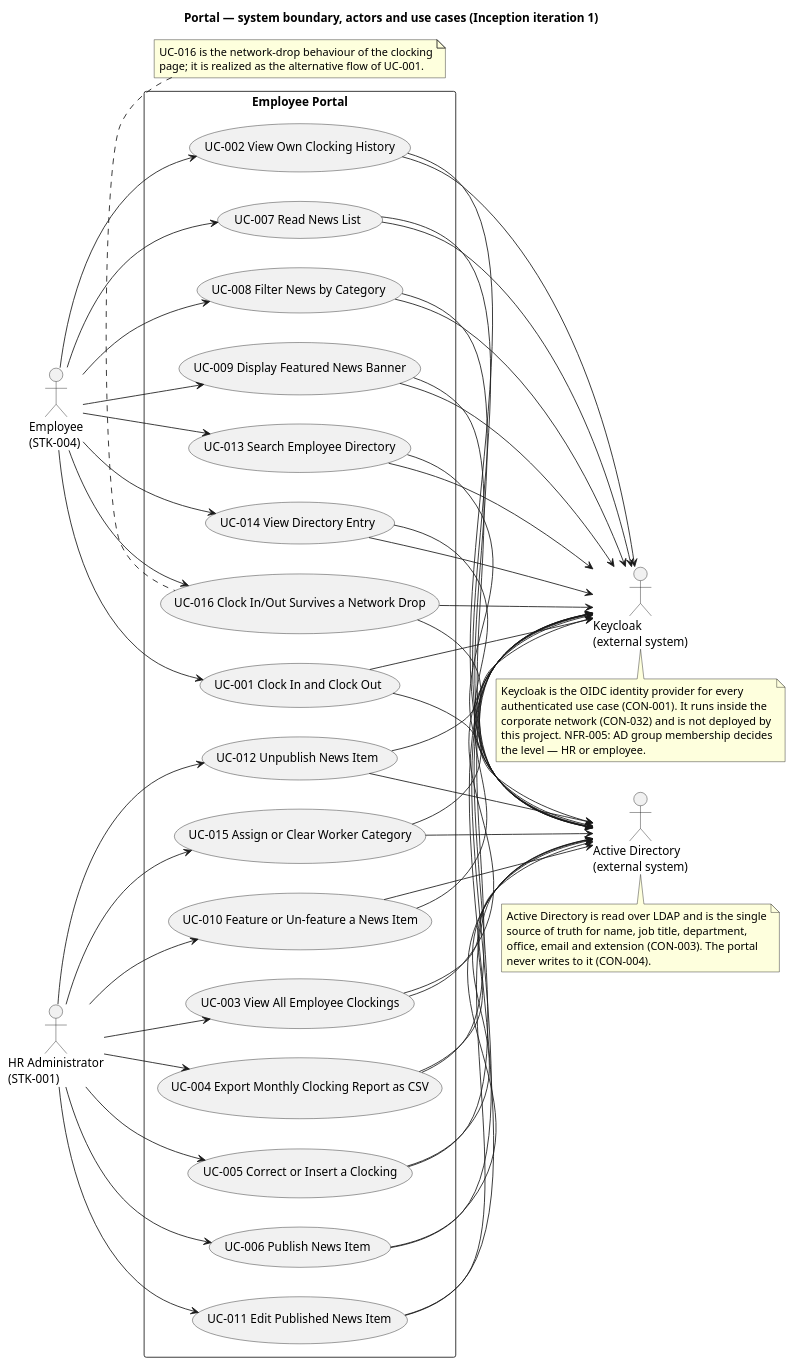
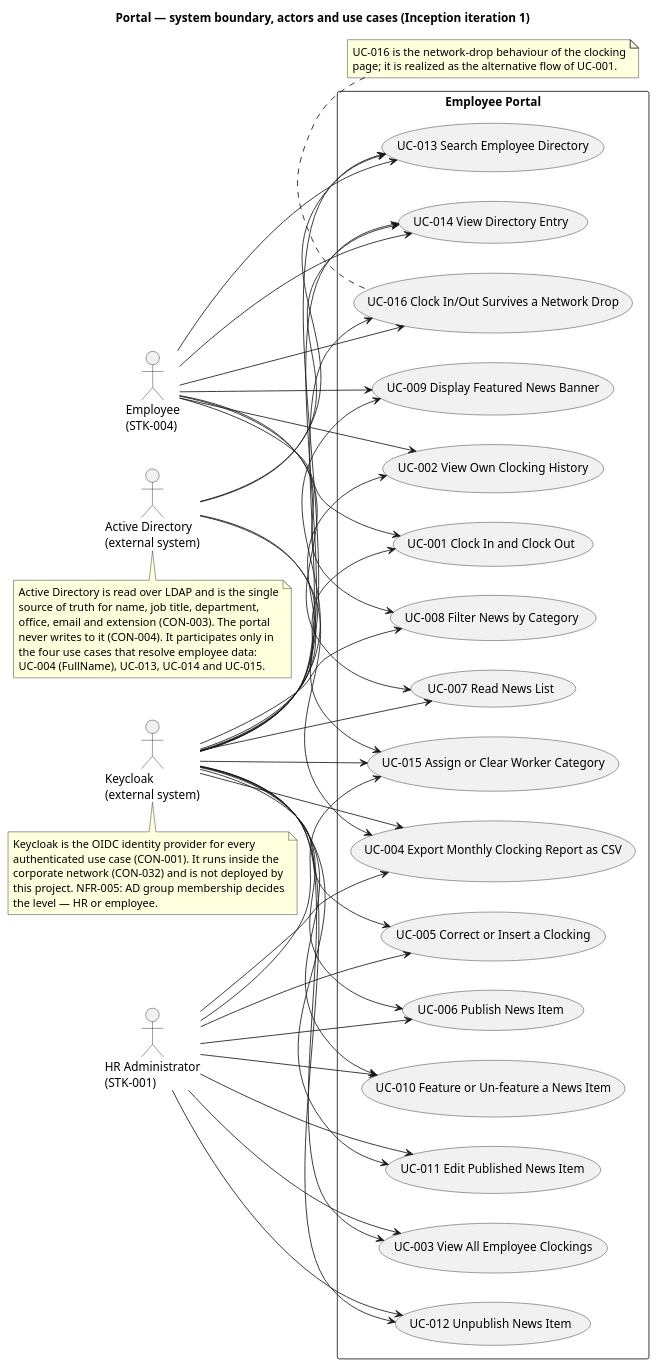
Before and after one commit to banense-test/portal: the first of 8 diagrams in docs/artifacts/requirements/use-case-model.md, drawn with PlantUML. The commit also changed other lines of this file, not shown here.

Commit message:
System Analyst [I1]: upsert Use-Case Model
[skip ci]

```diff
--- a/docs/artifacts/requirements/use-case-model.md
+++ b/docs/artifacts/requirements/use-case-model.md
@@ -55,39 +54,27 @@
 ACT002 --> UC012
 ACT002 --> UC015
 
-UC001 --> ACT003
-UC002 --> ACT003
-UC003 --> ACT003
-UC004 --> ACT003
-UC005 --> ACT003
-UC006 --> ACT003
-UC007 --> ACT003
-UC008 --> ACT003
-UC009 --> ACT003
-UC010 --> ACT003
-UC011 --> ACT003
-UC012 --> ACT003
-UC013 --> ACT003
-UC014 --> ACT003
-UC015 --> ACT003
-UC016 --> ACT003
+ACT003 --> UC004
+ACT003 --> UC013
+ACT003 --> UC014
+ACT003 --> UC015
 
-UC001 --> ACT004
-UC002 --> ACT004
-UC003 --> ACT004
-UC004 --> ACT004
-UC005 --> ACT004
-UC006 --> ACT004
-UC007 --> ACT004
-UC008 --> ACT004
-UC009 --> ACT004
-UC010 --> ACT004
-UC011 --> ACT004
-UC012 --> ACT004
-UC013 --> ACT004
-UC014 --> ACT004
-UC015 --> ACT004
-UC016 --> ACT004
+ACT004 --> UC001
+ACT004 --> UC002
+ACT004 --> UC003
+ACT004 --> UC004
+ACT004 --> UC005
+ACT004 --> UC006
+ACT004 --> UC007
+ACT004 --> UC008
+ACT004 --> UC009
+ACT004 --> UC010
+ACT004 --> UC011
+ACT004 --> UC012
+ACT004 --> UC013
+ACT004 --> UC014
+ACT004 --> UC015
+ACT004 --> UC016
 
 note bottom of ACT004
   Keycloak is the OIDC identity provider for every
@@ -101,7 +88,9 @@
   Active Directory is read over LDAP and is the single
   source of truth for name, job title, department,
   office, email and extension (CON-003). The portal
-  never writes to it (CON-004).
+  never writes to it (CON-004). It participates only in
+  the four use cases that resolve employee data:
+  UC-004 (FullName), UC-013, UC-014 and UC-015.
 end note
 
 note top of UC016
```
